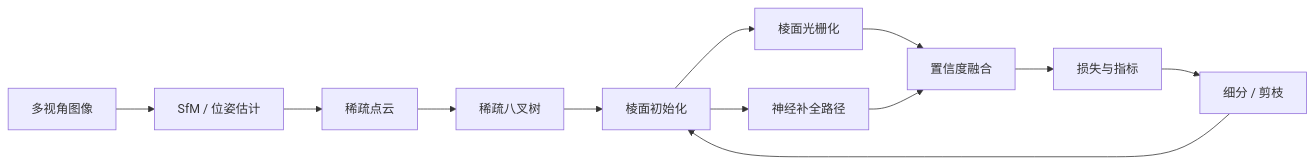
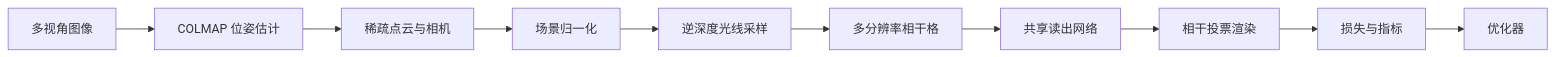
The diagram in docs/算法方案.md (xlcblues/Titan), drawn with Mermaid before and after one commit. The commit also changed other lines of this file and 23 other files, not shown here.

````diff
--- a/docs/算法方案.md
+++ b/docs/算法方案.md
@@ -27,14 +40,12 @@
 ```mermaid
 flowchart LR
-  A[多视角图像] --> B[SfM / 位姿估计]
-  B --> C[稀疏点云]
-  C --> D[稀疏八叉树]
-  D --> E[棱面初始化]
-  E --> F[棱面光栅化]
-  E --> G[神经补全路径]
-  F --> H[置信度融合]
-  G --> H
+  A[多视角图像] --> B[COLMAP 位姿估计]
+  B --> C[稀疏点云与相机]
+  C --> D[场景归一化]
+  D --> E[逆深度光线采样]
+  E --> F[多分辨率相干格]
+  F --> G[共享读出网络]
+  G --> H[相干投票渲染]
   H --> I[损失与指标]
-  I --> J[细分 / 剪枝]
-  J --> E
+  I --> J[优化器]
 ```
````
